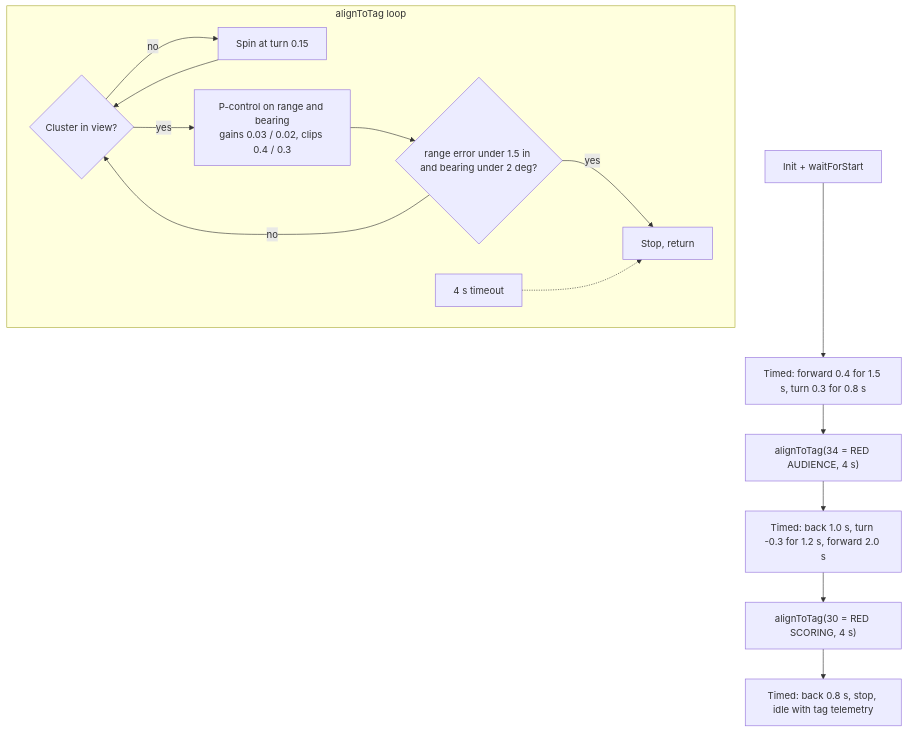
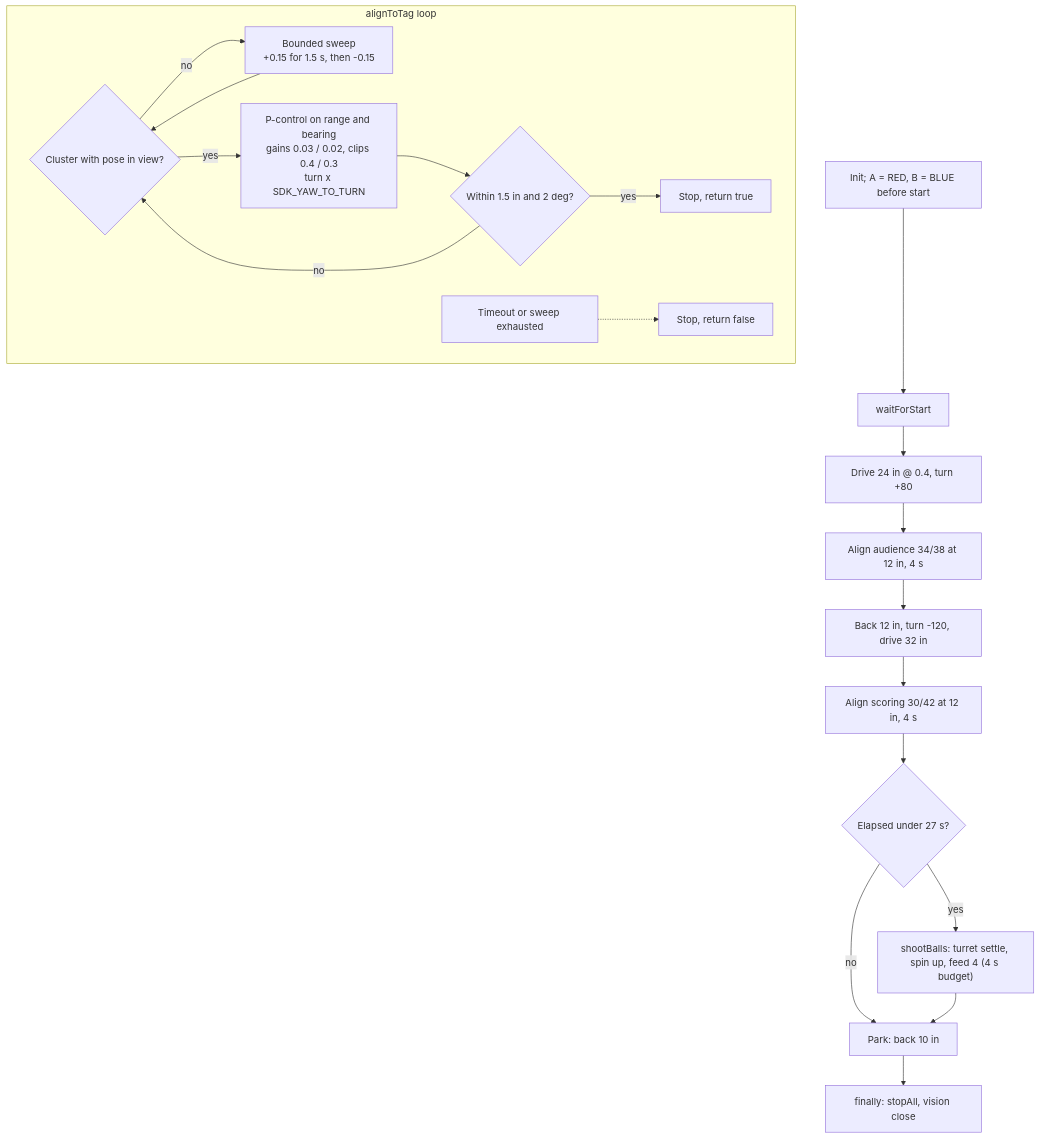
Before and after one commit to Underengineered-Toasters/FTC_-UnderEngineeredToasters27: the third of 5 diagrams in DESIGN.md, drawn with Mermaid. The commit also changed other lines of this file and 13 other files, not shown here.

````diff
--- a/DESIGN.md
+++ b/DESIGN.md
@@ -162,17 +170,22 @@
 ```mermaid
 flowchart TD
-    S["Init + waitForStart"] --> T1["Timed: forward 0.4 for 1.5 s, turn 0.3 for 0.8 s"]
-    T1 --> A1["alignToTag(34 = RED AUDIENCE, 4 s)"]
-    A1 --> T2["Timed: back 1.0 s, turn -0.3 for 1.2 s, forward 2.0 s"]
-    T2 --> A2["alignToTag(30 = RED SCORING, 4 s)"]
-    A2 --> P["Timed: back 0.8 s, stop, idle with tag telemetry"]
+    S["Init; A = RED, B = BLUE before start"] --> W["waitForStart"]
+    W --> T1["Drive 24 in @ 0.4, turn +80"]
+    T1 --> A1["Align audience 34/38 at 12 in, 4 s"]
+    A1 --> T2["Back 12 in, turn -120, drive 32 in"]
+    T2 --> A2["Align scoring 30/42 at 12 in, 4 s"]
+    A2 --> T3{"Elapsed under 27 s?"}
+    T3 -- yes --> SH["shootBalls: turret settle, spin up, feed 4 (4 s budget)"]
+    T3 -- no --> P
+    SH --> P["Park: back 10 in"]
+    P --> END["finally: stopAll, vision close"]
 
     subgraph ALIGN["alignToTag loop"]
-        Q{"Cluster in view?"} -- no --> SP["Spin at turn 0.15"] --> Q
-        Q -- yes --> PC["P-control on range and bearing<br/>gains 0.03 / 0.02, clips 0.4 / 0.3"]
-        PC --> TOL{"range error under 1.5 in and bearing under 2 deg?"}
+        Q{"Cluster with pose in view?"} -- no --> SP["Bounded sweep<br/>+0.15 for 1.5 s, then -0.15"] --> Q
+        Q -- yes --> PC["P-control on range and bearing<br/>gains 0.03 / 0.02, clips 0.4 / 0.3<br/>turn x SDK_YAW_TO_TURN"]
+        PC --> TOL{"Within 1.5 in and 2 deg?"}
         TOL -- no --> Q
-        TOL -- yes --> DONE["Stop, return"]
-        TIME["4 s timeout"] -.-> DONE
+        TOL -- yes --> DONE["Stop, return true"]
+        TIME["Timeout or sweep exhausted"] -.-> STOP["Stop, return false"]
     end
 ```
````
